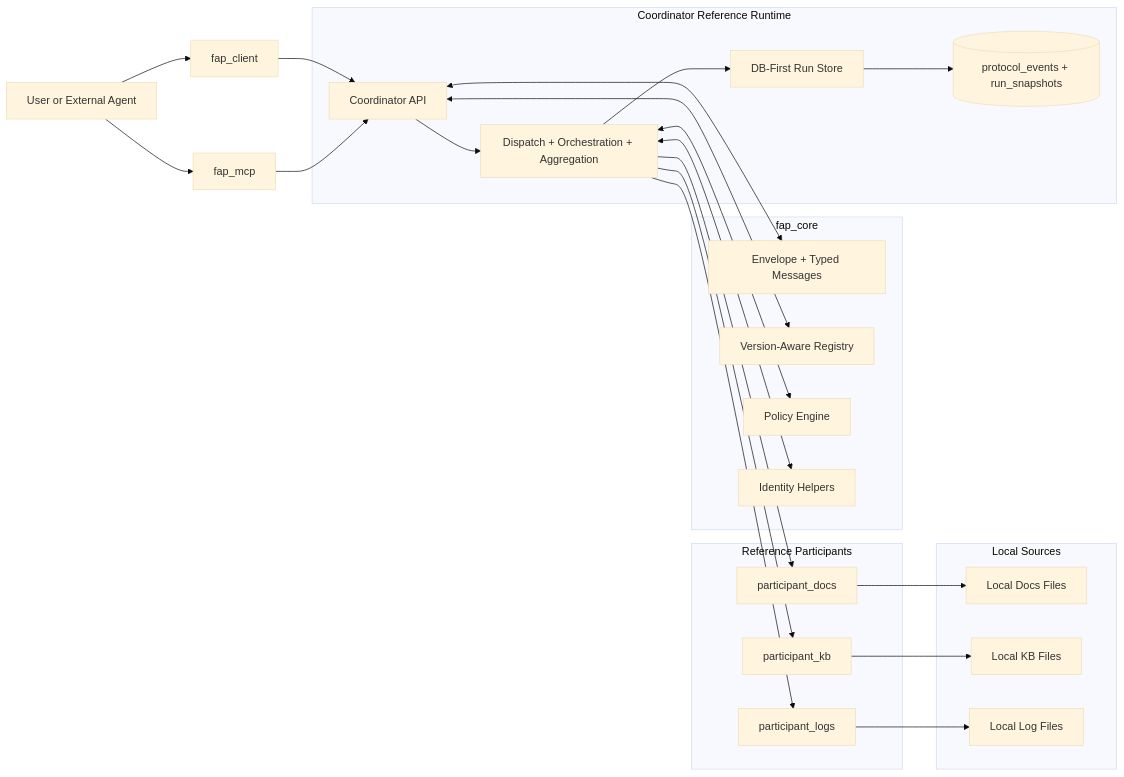
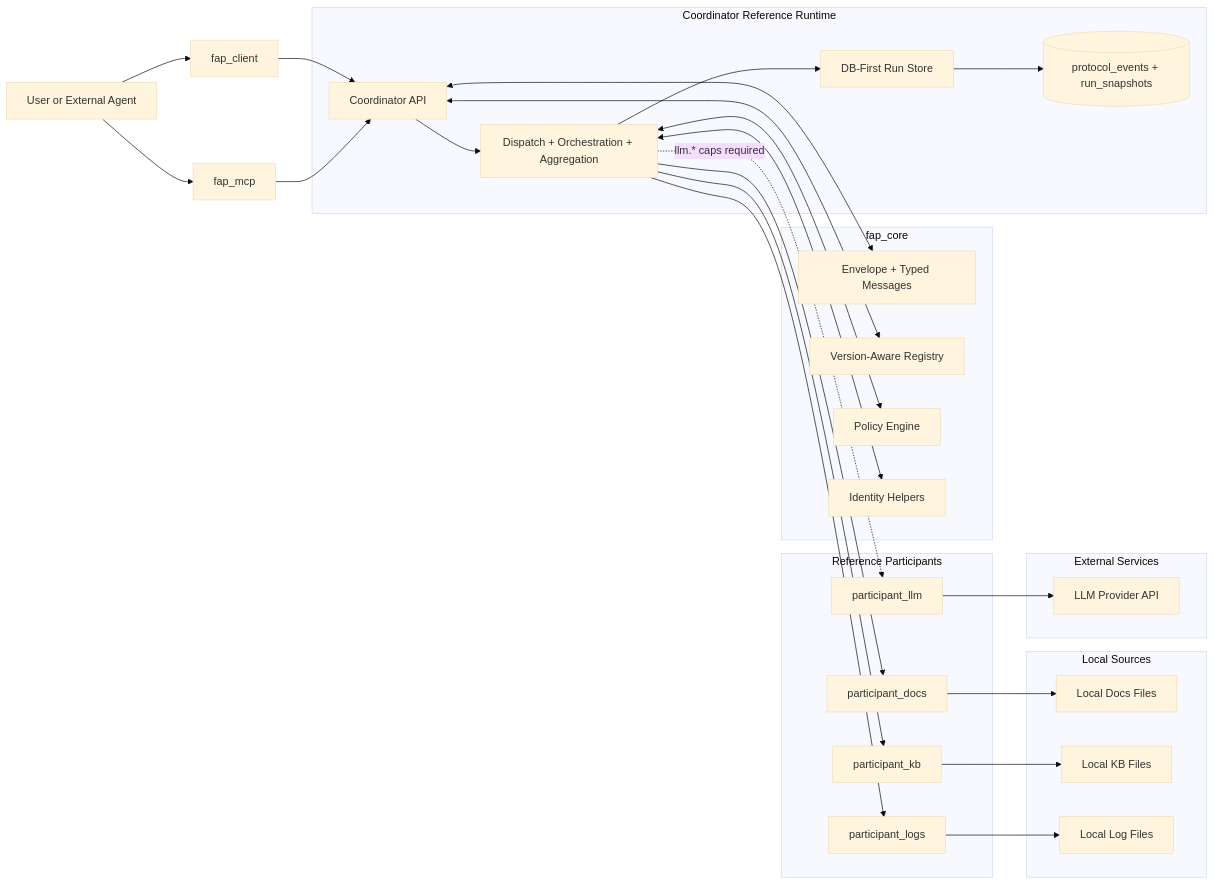
The diagram in fap/README.md (SalimELMARDI/Federated-Agent-Protocol), drawn with Mermaid (base theme) before and after one commit. The commit also changed other lines of this file and 25 other files, not shown here.

````diff
--- a/fap/README.md
+++ b/fap/README.md
@@ -73,54 +75,61 @@
 ```mermaid
 flowchart LR
     U[User or External Agent]
     FC[fap_client]
     FM[fap_mcp]
 
     subgraph CORE[fap_core]
         ENV[Envelope + Typed Messages]
         REG[Version-Aware Registry]
         POL[Policy Engine]
         ID[Identity Helpers]
     end
 
     subgraph COORD[Coordinator Reference Runtime]
         API[Coordinator API]
         ORCH[Dispatch + Orchestration + Aggregation]
         STORE[DB-First Run Store]
         DB[(protocol_events + run_snapshots)]
     end
 
     subgraph PARTS[Reference Participants]
         DOCS[participant_docs]
         KB[participant_kb]
         LOGS[participant_logs]
+        LLM[participant_llm]
     end
 
     subgraph DATA[Local Sources]
         D1[Local Docs Files]
         D2[Local KB Files]
         D3[Local Log Files]
+    end
+
+    subgraph EXT[External Services]
+        LLMAPI[LLM Provider API]
     end
 
     U --> FC
     U --> FM
     FC --> API
     FM --> API
 
     API --> ORCH
     ORCH --> STORE
     STORE --> DB
 
     API <--> ENV
     API <--> REG
     ORCH <--> POL
     ORCH <--> ID
 
     ORCH --> DOCS
     ORCH --> KB
     ORCH --> LOGS
+    ORCH -.->|llm.* caps required| LLM
 
     DOCS --> D1
     KB --> D2
     LOGS --> D3
+    LLM --> LLMAPI
 ```
````
